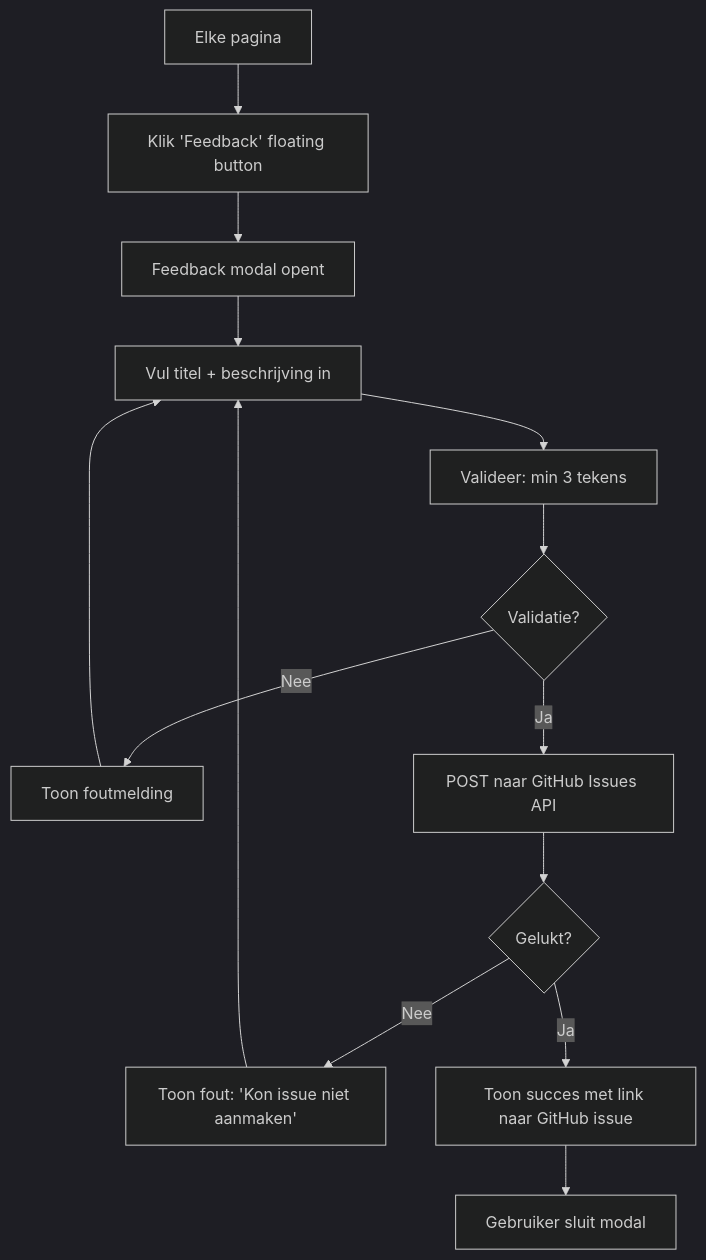
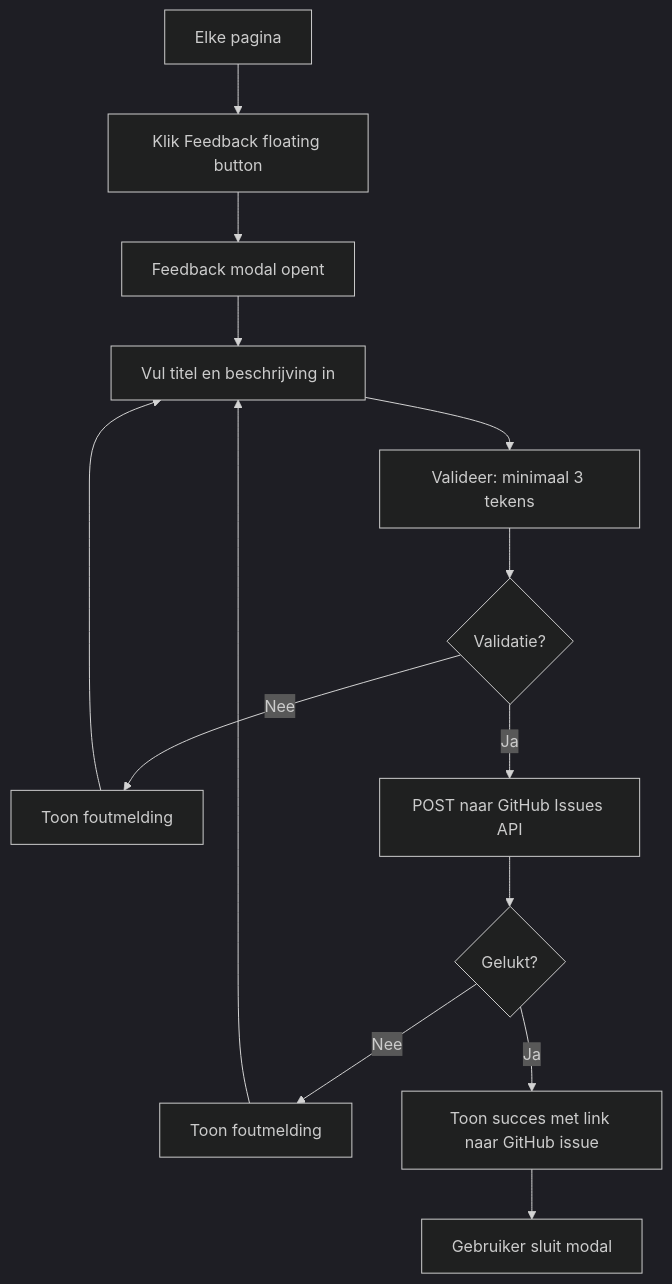
One commit to rbnbrls/bcm changed the ninth of 11 diagrams in README.md. Above: the diagram before and after it, drawn with Mermaid (dark theme). The commit also changed other lines of this file, not shown here.

First line of the commit message:
fix: repair README.md Mermaid rendering and remove technical workflows

````diff
--- a/README.md
+++ b/README.md
@@ -141,16 +296,16 @@
 ```mermaid
 flowchart TD
-    A[Elke pagina] --> B[Klik 'Feedback' floating button]
+    A[Elke pagina] --> B[Klik Feedback floating button]
     B --> C[Feedback modal opent]
-    C --> D[Vul titel + beschrijving in]
-    D --> E[Valideer: min 3 tekens]
+    C --> D[Vul titel en beschrijving in]
+    D --> E[Valideer: minimaal 3 tekens]
     E --> F{Validatie?}
     F -->|Nee| G[Toon foutmelding]
     G --> D
     F -->|Ja| H[POST naar GitHub Issues API]
     H --> I{Gelukt?}
-    I -->|Nee| J[Toon fout: 'Kon issue niet aanmaken']
+    I -->|Nee| J[Toon foutmelding]
     J --> D
     I -->|Ja| K[Toon succes met link naar GitHub issue]
     K --> L[Gebruiker sluit modal]
 ```
````
